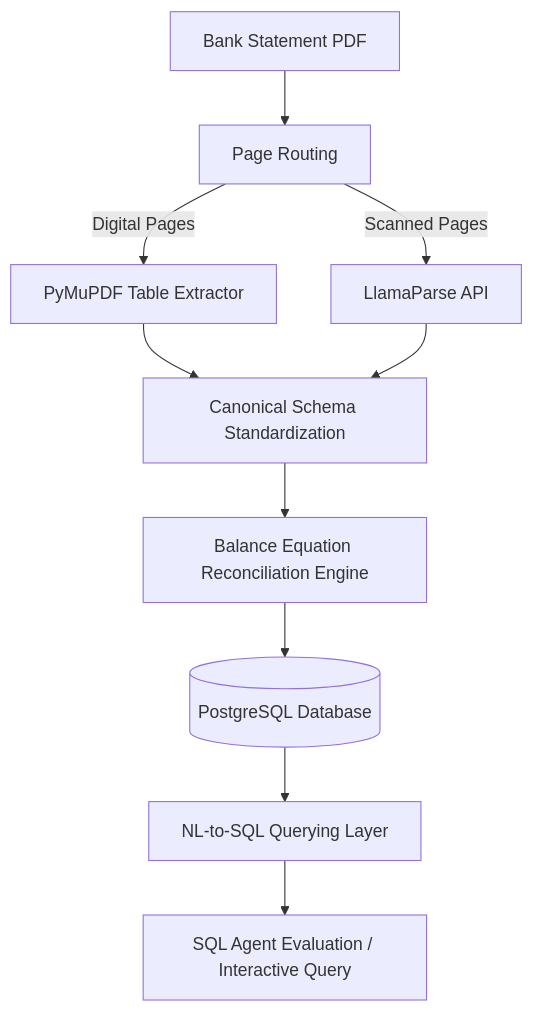
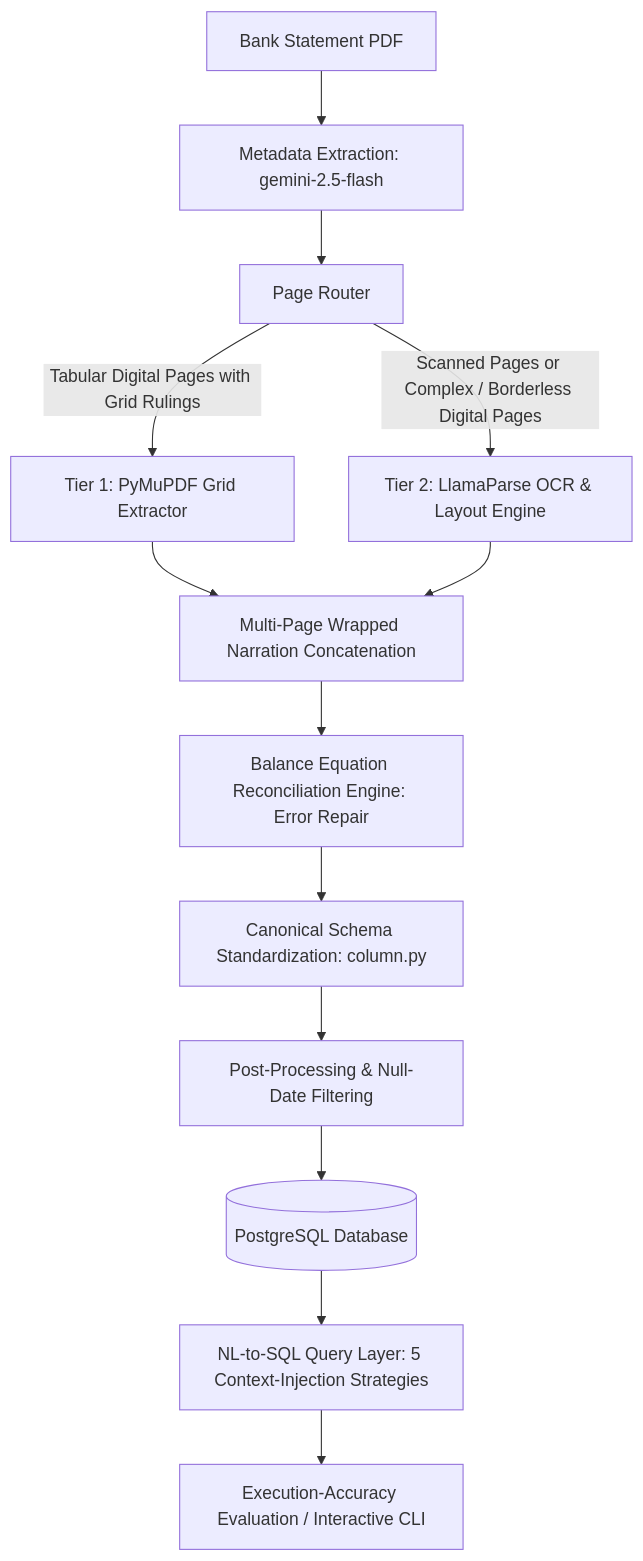
The diagram in README.md (ahemtiaz/auditing-bank-statement-pdfs), drawn with Mermaid before and after one commit. The commit also changed other lines of this file, not shown here.

````diff
--- a/README.md
+++ b/README.md
@@ -17,12 +19,15 @@
 ```mermaid
 graph TD
-    A[Bank Statement PDF] --> B[Page Routing]
-    B -->|Digital Pages| C[PyMuPDF Table Extractor]
-    B -->|Scanned Pages| D[LlamaParse API]
-    C --> E[Canonical Schema Standardization]
-    D --> E
-    E --> F[Balance Equation Reconciliation Engine]
-    F --> G[(PostgreSQL Database)]
-    G --> H[NL-to-SQL Querying Layer]
-    H --> I[SQL Agent Evaluation / Interactive Query]
+    A[Bank Statement PDF] --> B[Metadata Extraction: gemini-2.5-flash]
+    B --> C[Page Router]
+    C -->|Tabular Digital Pages with Grid Rulings| D[Tier 1: PyMuPDF Grid Extractor]
+    C -->|Scanned Pages or Complex / Borderless Digital Pages| E[Tier 2: LlamaParse OCR & Layout Engine]
+    D --> F[Multi-Page Wrapped Narration Concatenation]
+    E --> F
+    F --> G[Balance Equation Reconciliation Engine: Error Repair]
+    G --> H[Canonical Schema Standardization: column.py]
+    H --> I[Post-Processing & Null-Date Filtering]
+    I --> J[(PostgreSQL Database)]
+    J --> K[NL-to-SQL Query Layer: 5 Context-Injection Strategies]
+    K --> L[Execution-Accuracy Evaluation / Interactive CLI]
 ```
````
